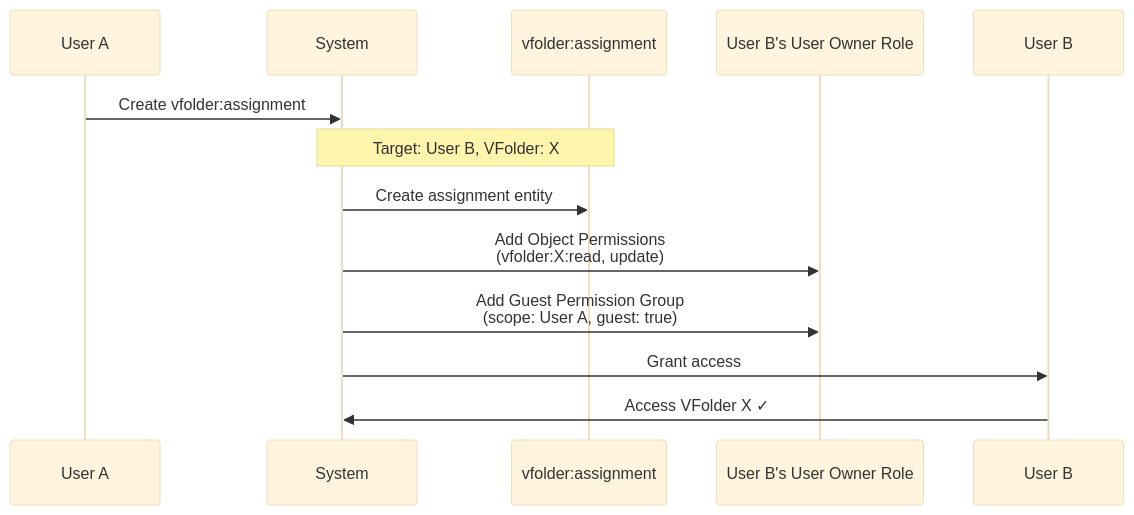
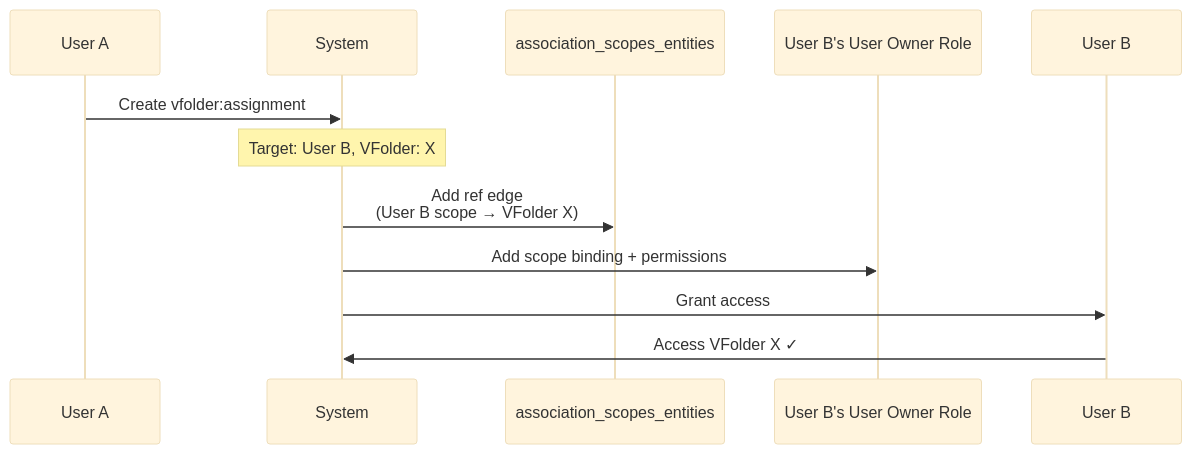
The fourth of 4 diagrams in proposals/BEP-1012/BEP-1012-main.md (lablup/backend.ai), drawn with Mermaid (base theme) before and after one commit. The commit also changed other lines of this file and 6 other files, not shown here.

Commit message:
docs(BA-5677): redesign RBAC role-scope binding and deprecate global scope (#10977)

````diff
--- a/proposals/BEP-1012/BEP-1012-main.md
+++ b/proposals/BEP-1012/BEP-1012-main.md
@@ -413,16 +402,15 @@
 ```mermaid
 sequenceDiagram
     participant UserA as User A
     participant System
-    participant Assignment as vfolder:assignment
+    participant ASE as association_scopes_entities
     participant RoleB as User B's User Owner Role
     participant UserB as User B
 
     UserA->>System: Create vfolder:assignment
-    Note over System,Assignment: Target: User B, VFolder: X
-    System->>Assignment: Create assignment entity
-    System->>RoleB: Add Object Permissions<br/>(vfolder:X:read, update)
-    System->>RoleB: Add Guest Permission Group<br/>(scope: User A, guest: true)
+    Note over System: Target: User B, VFolder: X
+    System->>ASE: Add ref edge<br/>(User B scope → VFolder X)
+    System->>RoleB: Add scope binding + permissions
     System->>UserB: Grant access
     UserB->>System: Access VFolder X ✓
 ```
````
